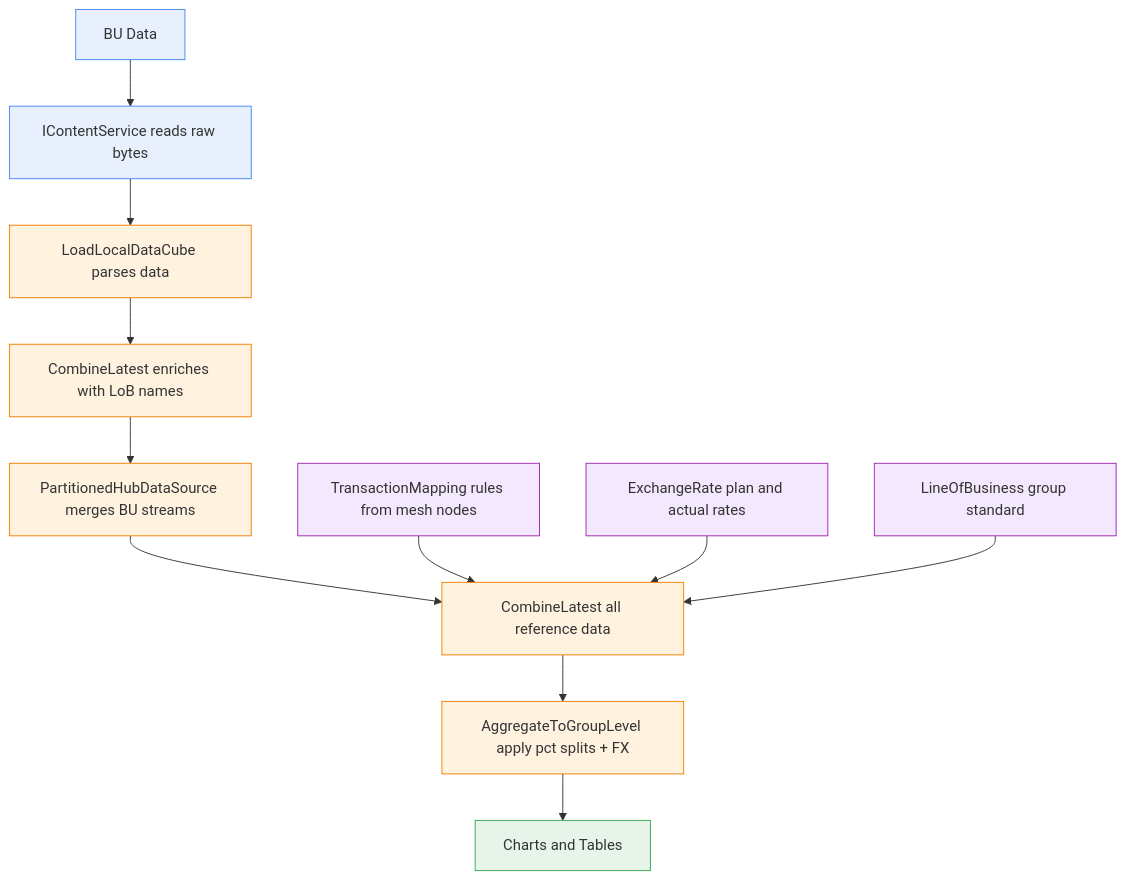
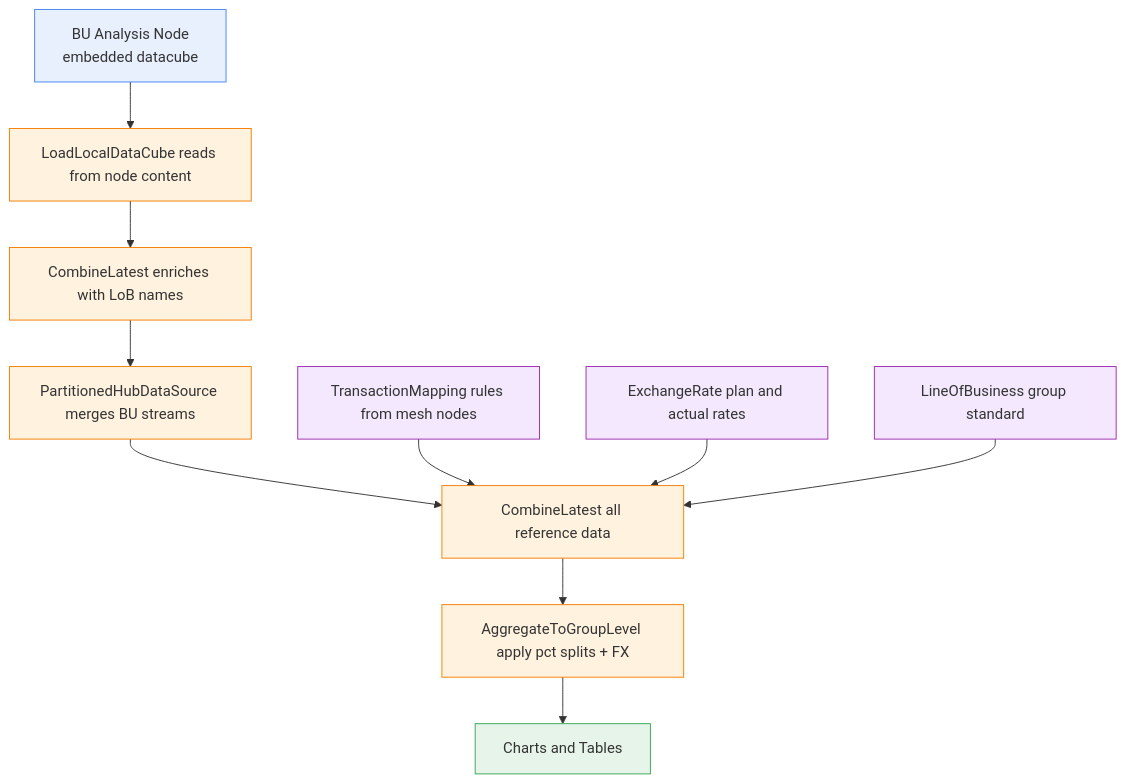
The third of 3 diagrams in samples/Graph/Data/FutuRe/DataDistribution.md (Systemorph/MeshWeaver), drawn with Mermaid before and after one commit. The commit also changed other lines of this file and 44 other files, not shown here.

````diff
--- a/samples/Graph/Data/FutuRe/DataDistribution.md
+++ b/samples/Graph/Data/FutuRe/DataDistribution.md
@@ -100,32 +93,31 @@
 ```mermaid
 graph TD
-    CSV[BU Data]
-    CONTENT[IContentService reads raw bytes]
-    PARSE[LoadLocalDataCube parses data]
+    NODE[BU Analysis Node<br/>embedded datacube]
+    PARSE[LoadLocalDataCube reads from node content]
     ENRICH[CombineLatest enriches with LoB names]
 
-    CSV --> CONTENT --> PARSE --> ENRICH
+    NODE --> PARSE --> ENRICH
 
     ENRICH --> PHDS[PartitionedHubDataSource merges BU streams]
 
     MAPPINGS[TransactionMapping rules from mesh nodes]
     FX[ExchangeRate plan and actual rates]
     LOBS[LineOfBusiness group standard]
 
     PHDS --> COMBINE[CombineLatest all reference data]
     MAPPINGS --> COMBINE
     FX --> COMBINE
     LOBS --> COMBINE
 
     COMBINE --> AGG[AggregateToGroupLevel apply pct splits + FX]
     AGG --> CHARTS[Charts and Tables]
 
     classDef data fill:#e8f0fe,stroke:#4285f4,color:#333
     classDef process fill:#fff3e0,stroke:#f57c00,color:#333
     classDef ref fill:#f3e8fd,stroke:#9c27b0,color:#333
     classDef output fill:#e6f4ea,stroke:#34a853,color:#333
-    class CSV,CONTENT data
+    class NODE data
     class PARSE,ENRICH,PHDS,COMBINE,AGG process
     class MAPPINGS,FX,LOBS ref
     class CHARTS output
 ```
````
